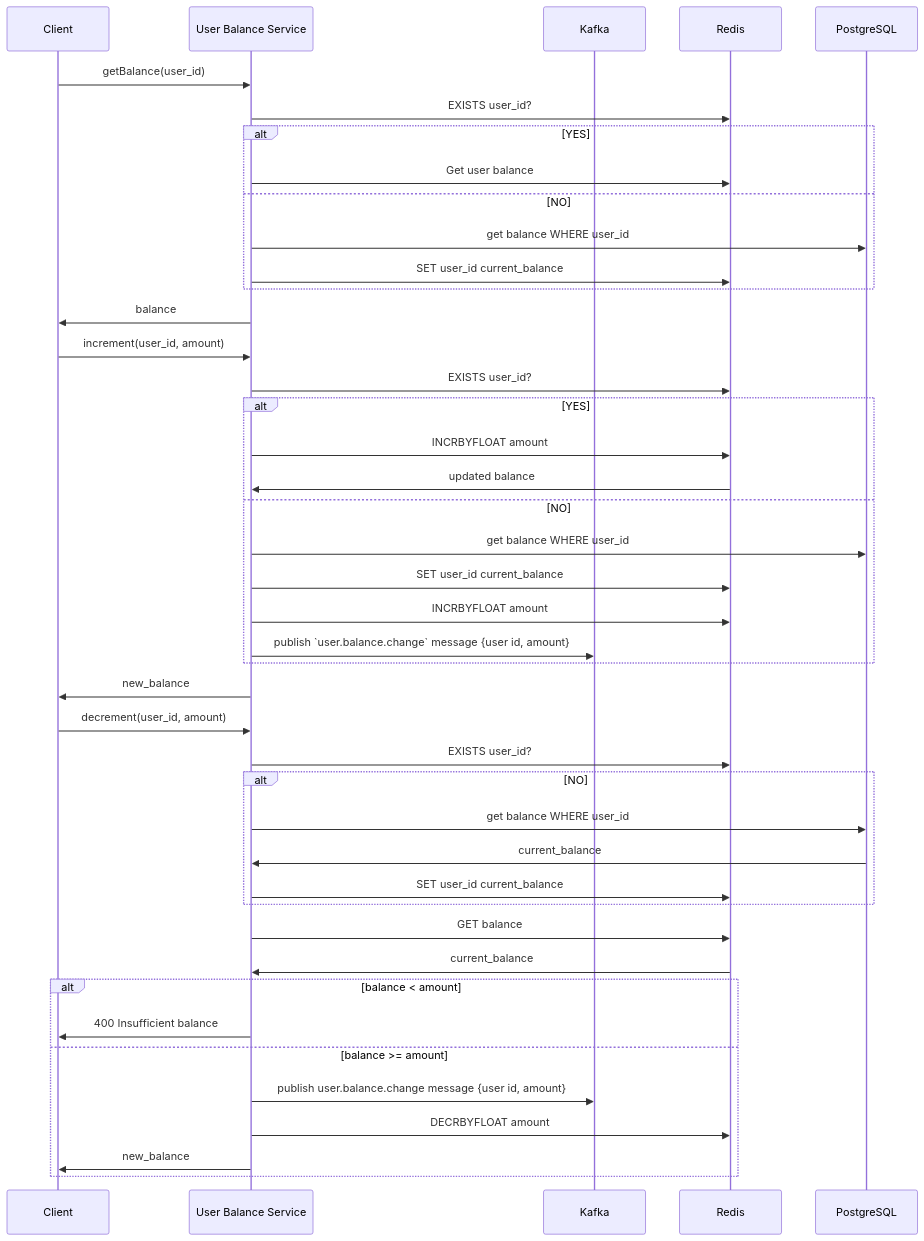
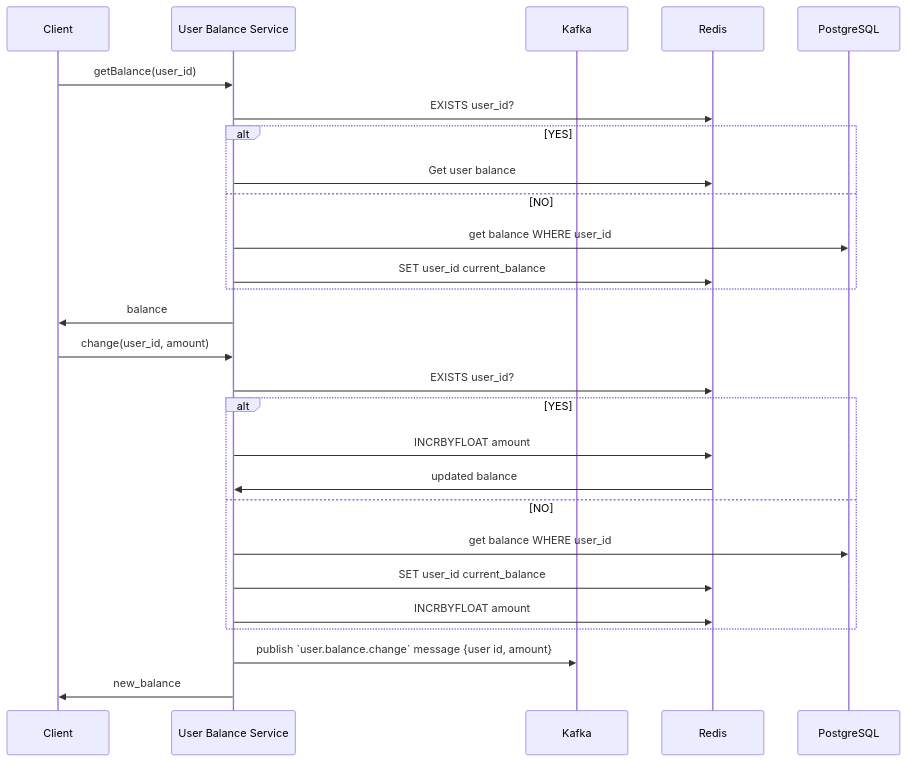
One commit to kadsin/sms-gateway changed the third of 4 diagrams in docs/architecture.md. Above: the diagram before and after it, drawn with Mermaid. The commit also changed other lines of this file, not shown here.

Commit message:
docs(architecture): Add user balance section to flow

````diff
--- a/docs/architecture.md
+++ b/docs/architecture.md
@@ -74,48 +86,31 @@
 ```mermaid
 sequenceDiagram
     participant c as Client
     participant s as User Balance Service
     participant mb as Kafka
     participant r as Redis
     participant p as PostgreSQL
 
     c->>s: getBalance(user_id)
     s->>r: EXISTS user_id?
     alt YES
         s->>r: Get user balance
     else NO
         s->>p: get balance WHERE user_id
         s->>r: SET user_id current_balance
     end
     s->>c: balance
 
-    c->>s: increment(user_id, amount)
+    c->>s: change(user_id, amount)
     s->>r: EXISTS user_id?
     alt YES
         s->>r: INCRBYFLOAT amount
         r->>s: updated balance
     else NO
         s->>p: get balance WHERE user_id
         s->>r: SET user_id current_balance
         s->>r: INCRBYFLOAT amount
-        s->>mb: publish `user.balance.change` message {user id, amount}
     end
+    s->>mb: publish `user.balance.change` message {user id, amount}
     s->>c: new_balance
-
-    c->>s: decrement(user_id, amount)
-    s->>r: EXISTS user_id?
-    alt NO
-        s->>p: get balance WHERE user_id
-        p->>s: current_balance
-        s->>r: SET user_id current_balance
-    end
-    s->>r: GET balance
-    r->>s: current_balance
-    alt balance < amount
-        s->>c: 400 Insufficient balance
-    else balance >= amount
-        s->>mb: publish user.balance.change message {user id, amount}
-        s->>r: DECRBYFLOAT amount
-        s->>c: new_balance
-    end
 ```
````
